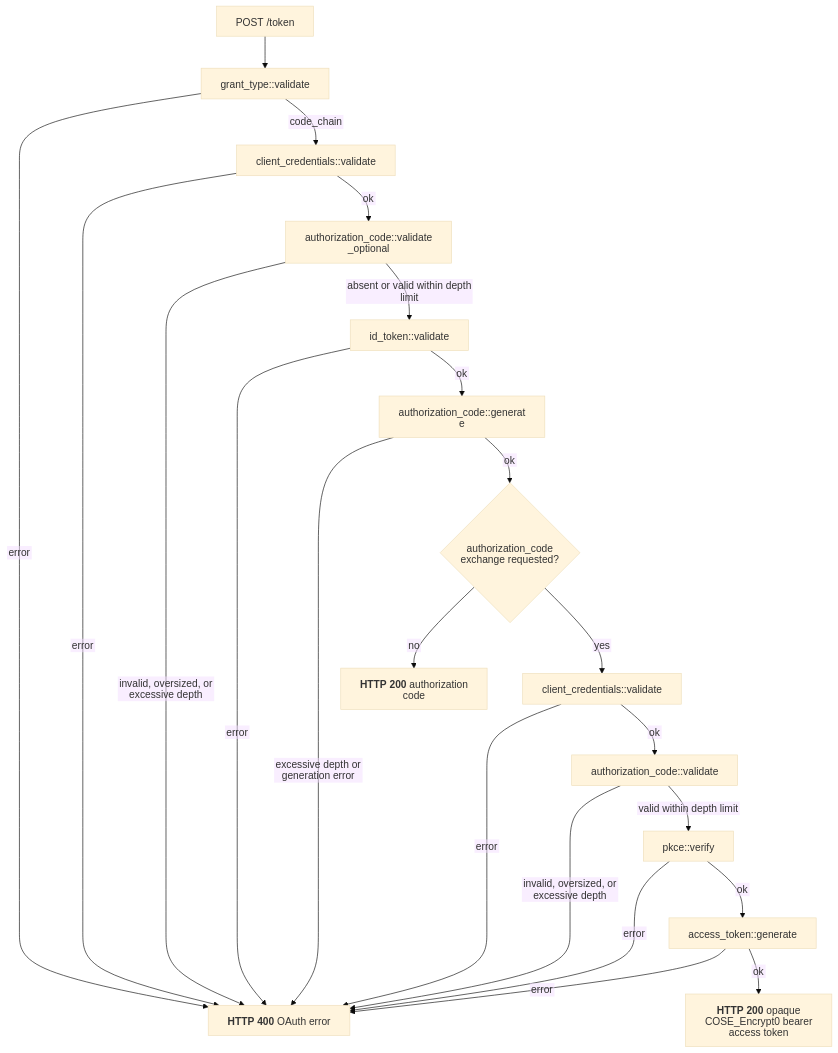
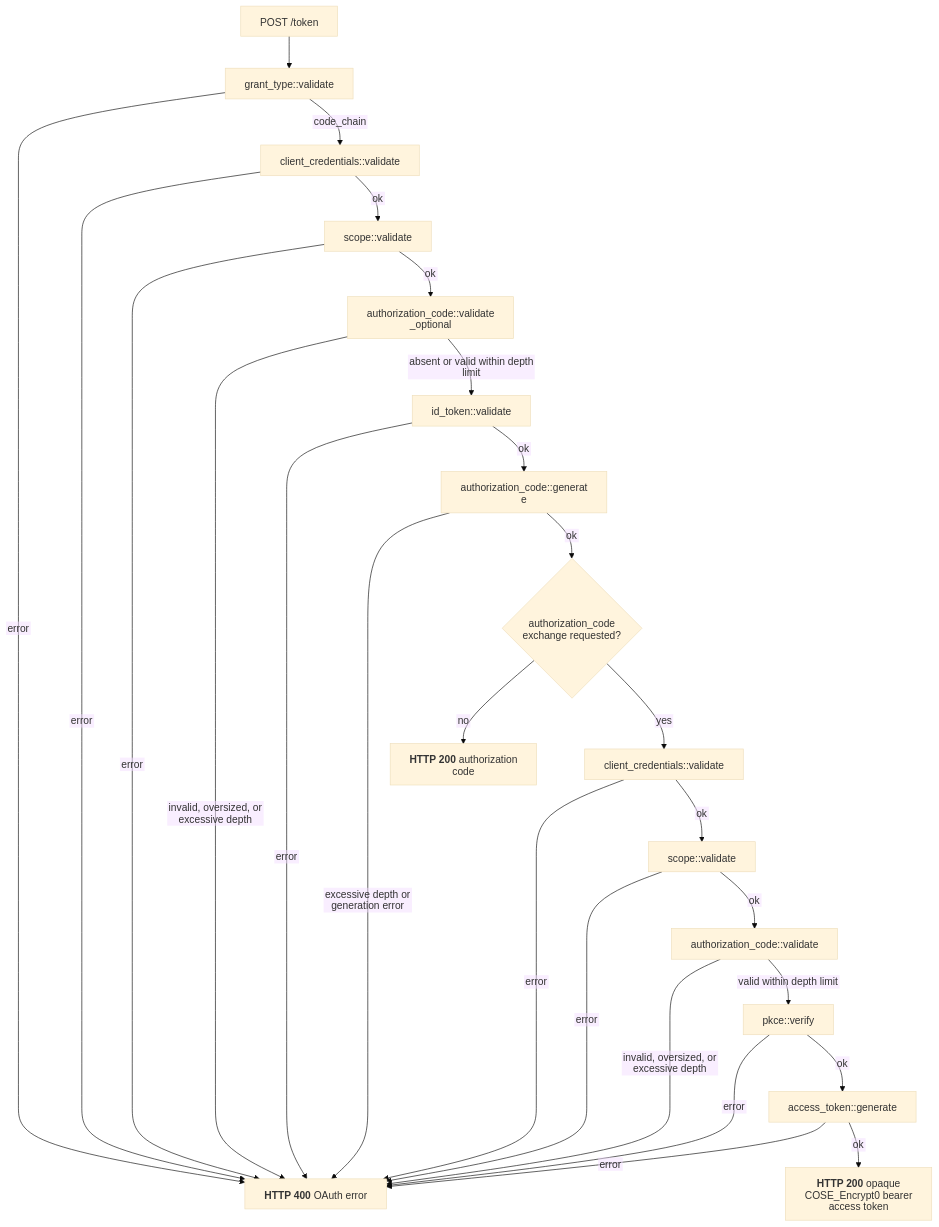
One commit to malach-it/kagome changed the diagram in docs/flows/oauth/code_chain.mmd. Above: the diagram before and after it, drawn with Mermaid (base theme). The commit also changed 49 other files, not shown here.

Commit message:
feat: validate client authorized scopes

```diff
--- a/docs/flows/oauth/code_chain.mmd
+++ b/docs/flows/oauth/code_chain.mmd
@@ -1,23 +1,27 @@
 %%{init: {"htmlLabels": false, "flowchart": {"htmlLabels": false}}}%%
 flowchart TD
     start[POST /token] --> grant["grant_type::validate"]
     grant -- error --> oauth_error["`**HTTP 400** OAuth error`"]
     grant -- code_chain --> client["client_credentials::validate"]
     client -- error --> oauth_error
-    client -- ok --> previous["authorization_code::validate_optional"]
+    client -- ok --> scope["scope::validate"]
+    scope -- error --> oauth_error
+    scope -- ok --> previous["authorization_code::validate_optional"]
     previous -- invalid, oversized, or excessive depth --> oauth_error
     previous -- absent or valid within depth limit --> id_token["id_token::validate"]
     id_token -- error --> oauth_error
     id_token -- ok --> issue["authorization_code::generate"]
     issue -- excessive depth or generation error --> oauth_error
     issue -- ok --> combined{authorization_code exchange requested?}
     combined -- no --> code_success["`**HTTP 200** authorization code`"]
     combined -- yes --> exchange_client["client_credentials::validate"]
     exchange_client -- error --> oauth_error
-    exchange_client -- ok --> exchange_code["authorization_code::validate"]
+    exchange_client -- ok --> exchange_scope["scope::validate"]
+    exchange_scope -- error --> oauth_error
+    exchange_scope -- ok --> exchange_code["authorization_code::validate"]
     exchange_code -- invalid, oversized, or excessive depth --> oauth_error
     exchange_code -- valid within depth limit --> pkce["pkce::verify"]
     pkce -- error --> oauth_error
     pkce -- ok --> access["access_token::generate"]
     access -- error --> oauth_error
     access -- ok --> token_success["`**HTTP 200** opaque COSE_Encrypt0 bearer access token`"]
```
